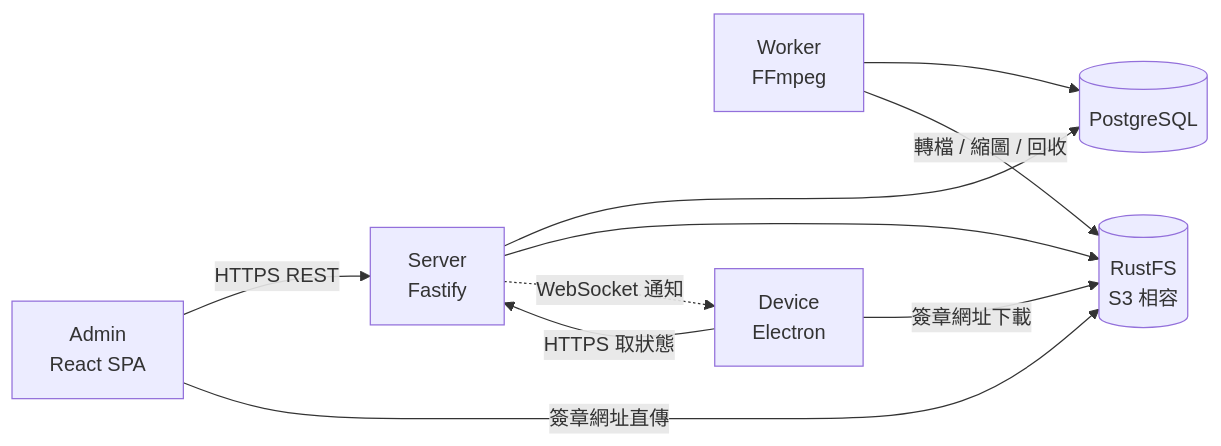
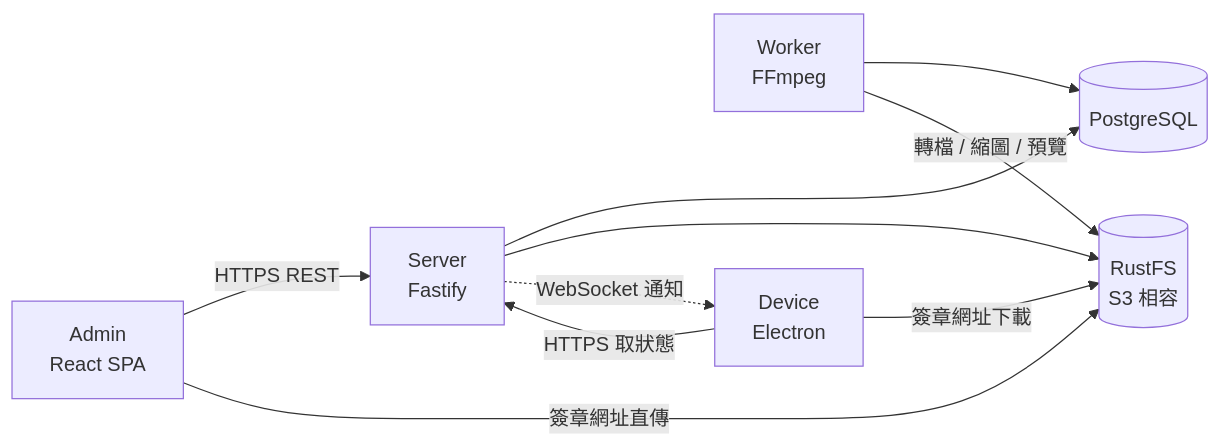
One commit to linyao-tw/docs changed the first of 3 diagrams in src/content/docs/huan/dev/architecture.md. Above: the diagram before and after it, drawn with Mermaid. The commit also changed 15 other files, not shown here.

````diff
--- a/src/content/docs/huan/dev/architecture.md
+++ b/src/content/docs/huan/dev/architecture.md
@@ -8,19 +8,19 @@
 ```mermaid
 flowchart LR
 	Admin["Admin<br/>React SPA"]
 	Server["Server<br/>Fastify"]
 	DB[("PostgreSQL")]
 	RustFS[("RustFS<br/>S3 相容")]
 	Worker["Worker<br/>FFmpeg"]
 	Device["Device<br/>Electron"]
 
 	Admin -->|HTTPS REST| Server
 	Admin -->|簽章網址直傳| RustFS
 	Server --> DB
 	Server --> RustFS
 	Worker --> DB
-	Worker -->|轉檔 / 縮圖 / 回收| RustFS
+	Worker -->|轉檔 / 縮圖 / 預覽| RustFS
 	Server -.->|WebSocket 通知| Device
 	Device -->|HTTPS 取狀態| Server
 	Device -->|簽章網址下載| RustFS
 ```
````
